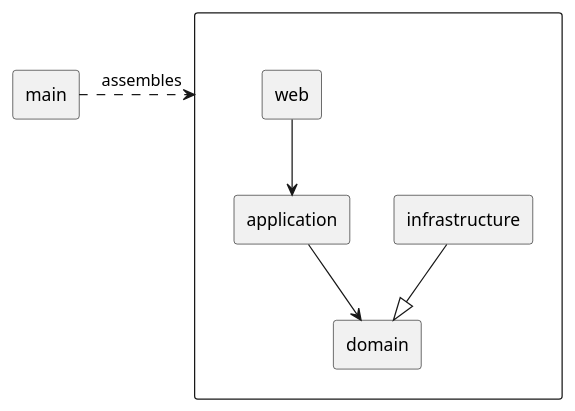
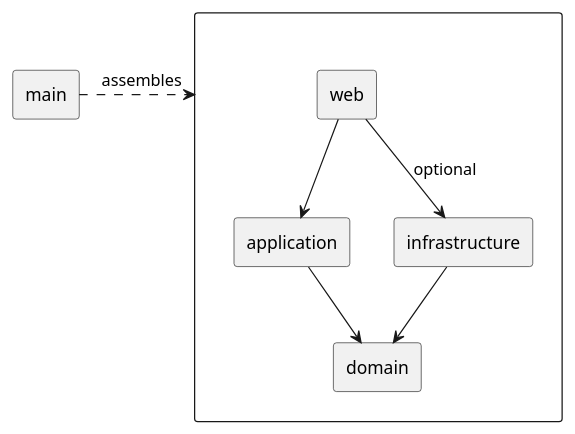
The first of 3 diagrams in docs/src/main/antora/modules/ways-of-working/pages/explanation/architecture.adoc (bitsmi-blog/springboot-showcase), drawn with PlantUML before and after one commit. The commit also changed other lines of this file and 21 other files, not shown here.

```diff
--- a/docs/src/main/antora/modules/ways-of-working/pages/explanation/architecture.adoc
+++ b/docs/src/main/antora/modules/ways-of-working/pages/explanation/architecture.adoc
@@ -6,17 +8,18 @@
 [plantuml]
 ----
 @startuml
 rectangle main
 rectangle " " as setup {
     rectangle application
     rectangle infrastructure
     rectangle domain
     rectangle web
 }
 
 main .right.> setup : "assembles"
 web --> application
+web --> infrastructure : "optional"
 application --> domain
-infrastructure --|> domain
+infrastructure --> domain
 @enduml
 ----
```
